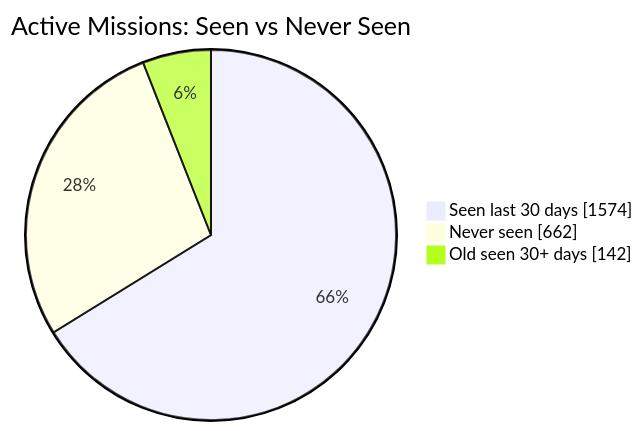
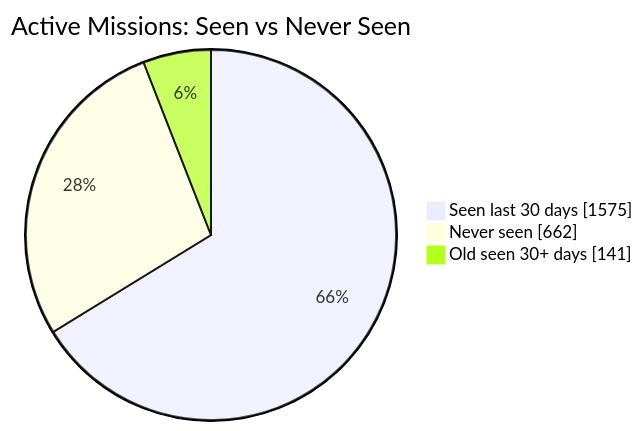
The first of 2 diagrams in README.md (MeldkamerspelGameTeam/active-missions), drawn with Mermaid before and after one commit. The commit also changed other lines of this file and 2 other files, not shown here.

````diff
--- a/README.md
+++ b/README.md
@@ -34,7 +34,7 @@
 ```mermaid
 pie showData
     title Active Missions: Seen vs Never Seen
-    "Seen last 30 days" : 1574
+    "Seen last 30 days" : 1575
     "Never seen" : 662
-    "Old seen 30+ days" : 142
+    "Old seen 30+ days" : 141
 ```
````
